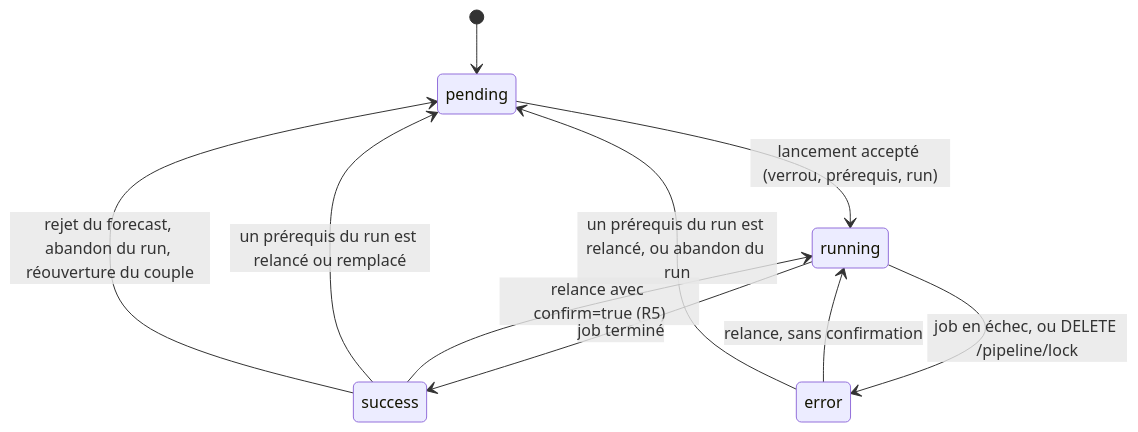
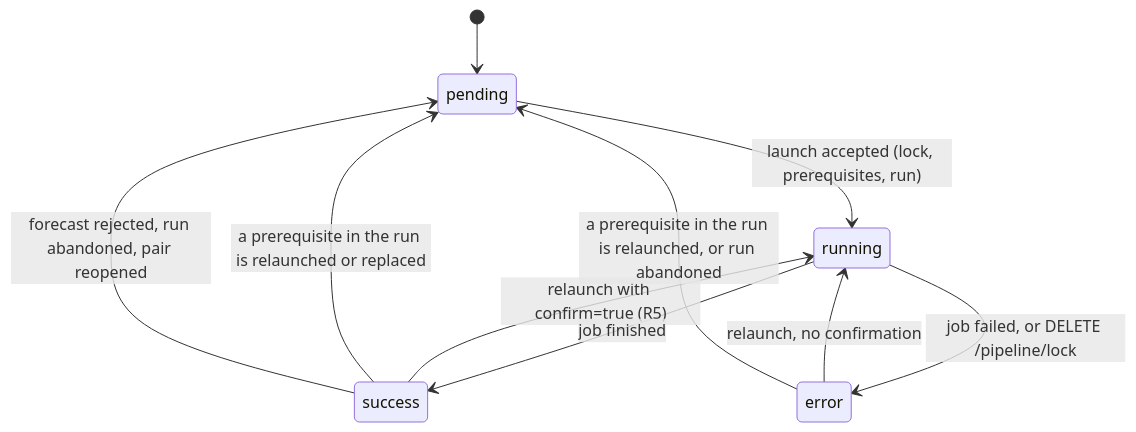
One commit to Pivot-Madagascar/pridec-docker changed the fifth of 8 diagrams in etlhub/docs/pipeline-checkpoints-diagrams.md. Above: the diagram before and after it, drawn with Mermaid. The commit also changed other lines of this file and 4 other files, not shown here.

````diff
--- a/etlhub/docs/pipeline-checkpoints-diagrams.md
+++ b/etlhub/docs/pipeline-checkpoints-diagrams.md
@@ -266,12 +268,12 @@
 ```mermaid
 stateDiagram-v2
     [*] --> pending
-    pending --> running : lancement accepté (verrou, prérequis, run)
-    error --> running : relance, sans confirmation
-    success --> running : relance avec confirm=true (R5)
-    running --> success : job terminé
-    running --> error : job en échec, ou DELETE /pipeline/lock
-    success --> pending : un prérequis du run est relancé ou remplacé
-    success --> pending : rejet du forecast, abandon du run, réouverture du couple
-    error --> pending : un prérequis du run est relancé, ou abandon du run
+    pending --> running : launch accepted (lock, prerequisites, run)
+    error --> running : relaunch, no confirmation
+    success --> running : relaunch with confirm=true (R5)
+    running --> success : job finished
+    running --> error : job failed, or DELETE /pipeline/lock
+    success --> pending : a prerequisite in the run is relaunched or replaced
+    success --> pending : forecast rejected, run abandoned, pair reopened
+    error --> pending : a prerequisite in the run is relaunched, or run abandoned
 ```
````
